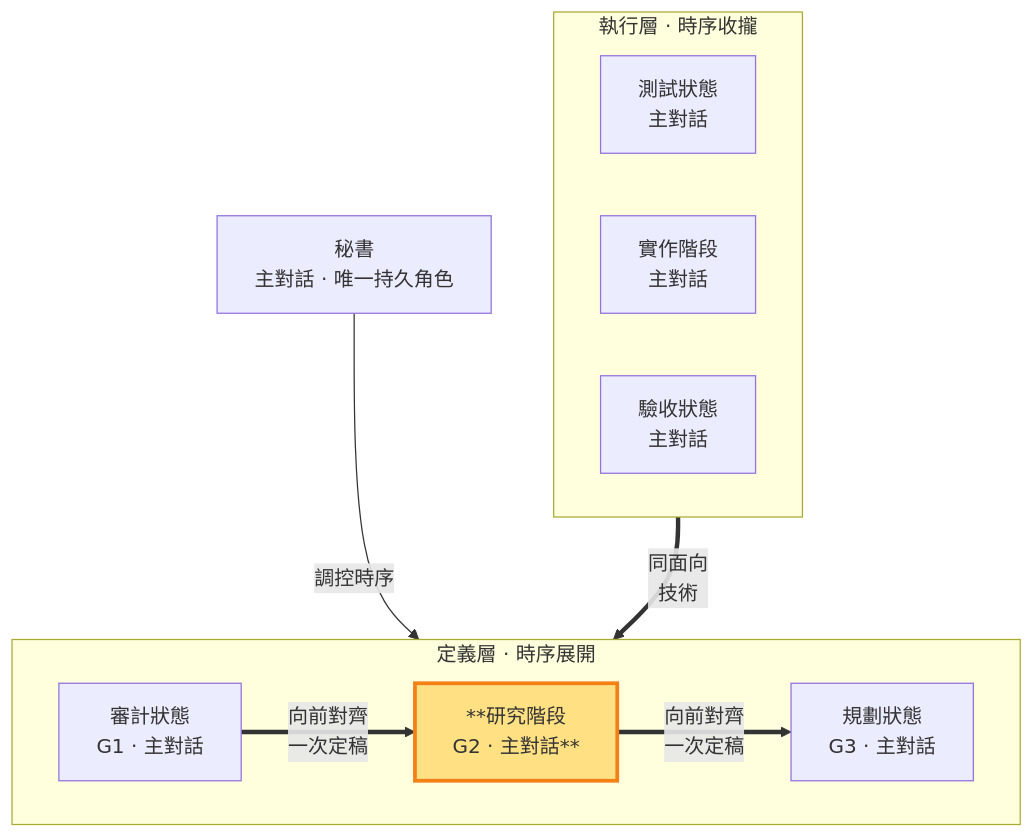
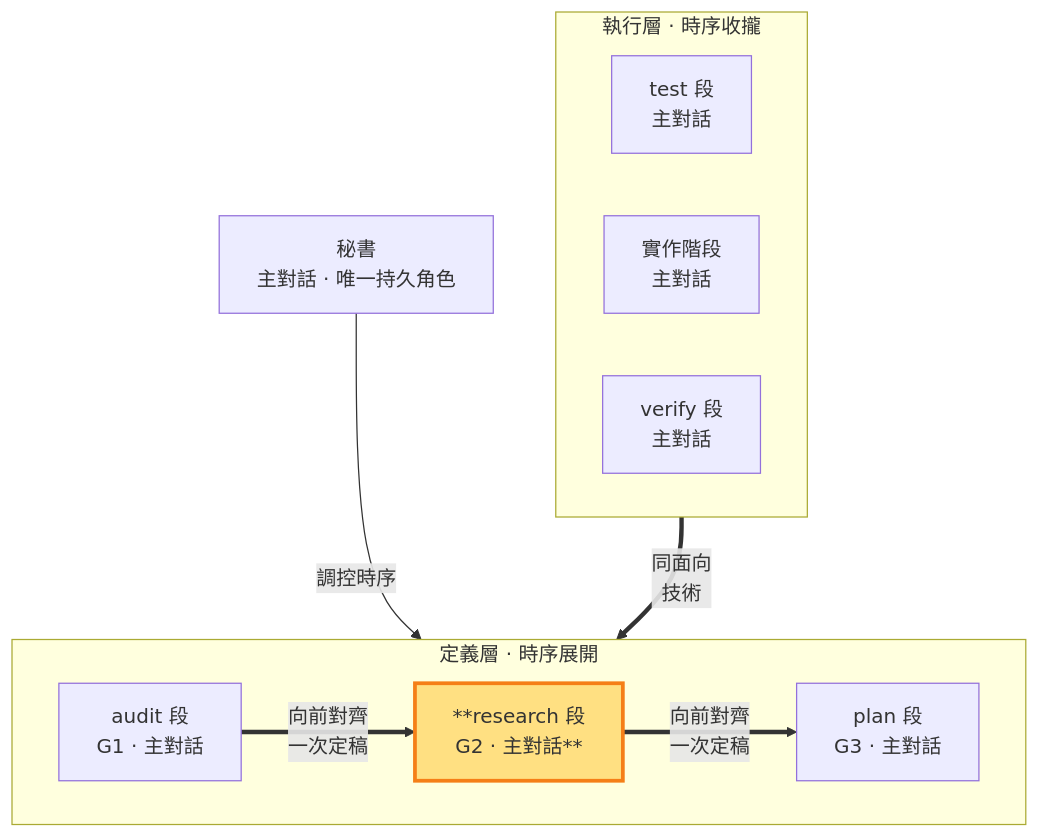
One commit to teps3105/shiftblame changed the diagram in skills/shiftblame/references/RESEARCH.md. Above: the diagram before and after it, drawn with Mermaid. The commit also changed other lines of this file and 26 other files, not shown here.

````diff
--- a/skills/shiftblame/references/RESEARCH.md
+++ b/skills/shiftblame/references/RESEARCH.md
@@ -15,21 +15,21 @@
 ```mermaid
 flowchart TB
     SEC[秘書<br/>主對話 · 唯一持久角色]
     subgraph Consult["定義層 · 時序展開"]
         direction LR
-        AUD["審計狀態<br/>G1 · 主對話"]
-        RES["**研究階段<br/>G2 · 主對話**"]:::thisrole
-        PLA["規劃狀態<br/>G3 · 主對話"]
+        AUD["audit 段<br/>G1 · 主對話"]
+        RES["**research 段<br/>G2 · 主對話**"]:::thisrole
+        PLA["plan 段<br/>G3 · 主對話"]
     end
     subgraph Build["執行層 · 時序收攏"]
         direction LR
-        TST["測試狀態<br/>主對話"]
+        TST["test 段<br/>主對話"]
         DEV["實作階段<br/>主對話"]
-        ACC["驗收狀態<br/>主對話"]
+        ACC["verify 段<br/>主對話"]
     end
     SEC -- 調控時序 --> RES
     DEV == "同面向<br/>技術" ==> RES
     AUD == "向前對齊<br/>一次定稿" ==> RES
     RES == "向前對齊<br/>一次定稿" ==> PLA
     classDef thisrole fill:#ffe082,stroke:#f57f17,stroke-width:3px;
 ```
````
